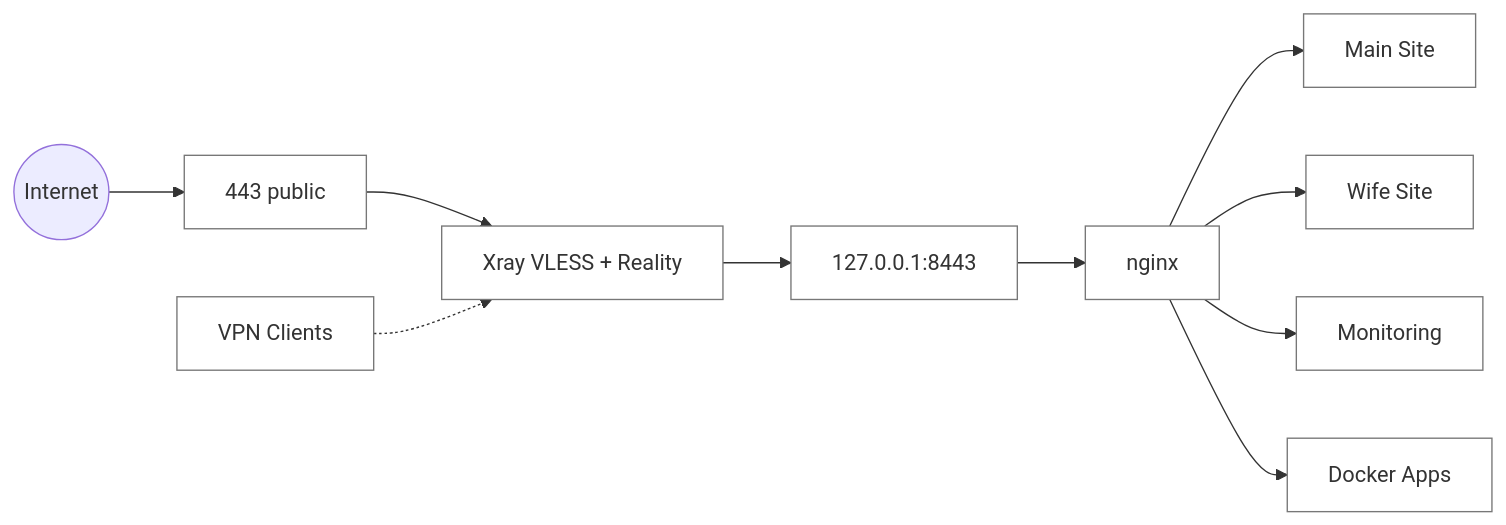
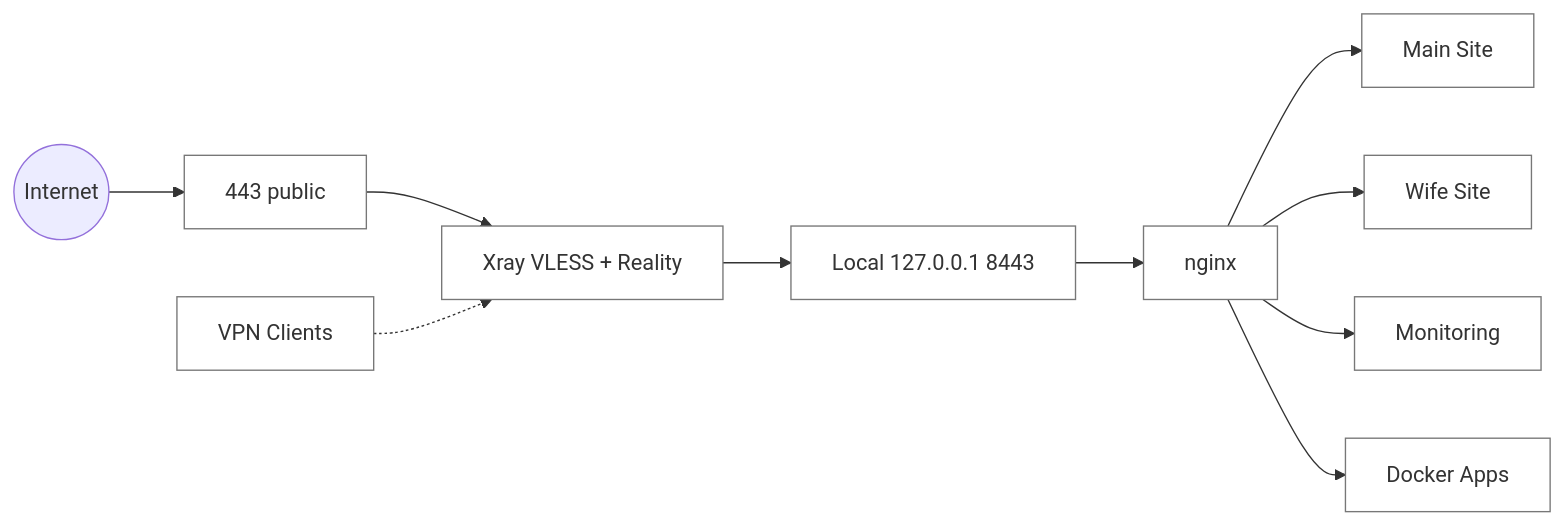
One commit to dzamal-barambajev/infra-self-audit changed the diagram in README.md. Above: the diagram before and after it, drawn with Mermaid.

Commit message:
Update README.md with Mermaid architecture diagram

````diff
--- a/README.md
+++ b/README.md
@@ -19,19 +19,19 @@
 ```mermaid
 graph LR
     classDef box fill:#fff,stroke:#777,stroke-width:1px,round;
 
-    Internet((Internet)) --> Ingress[443 public]
-    Ingress --> Xray[Xray VLESS + Reality]
+    Internet((Internet)) --> Ingress["443 public"]
+    Ingress --> Xray["Xray VLESS + Reality"]
     
     VPN[VPN Clients] -.-> Xray
 
-    Xray --> Fallback[127.0.0.1:8443]
+    Xray --> Fallback["Local 127.0.0.1 8443"]
     Fallback --> Nginx[nginx]
 
     Nginx --> Main[Main Site]
     Nginx --> Wife[Wife Site]
     Nginx --> Mon[Monitoring]
     Nginx --> Docker[Docker Apps]
 
     class Xray,Nginx,Main,Wife,Mon,Docker,Fallback,VPN,Ingress box;
 ```
````
